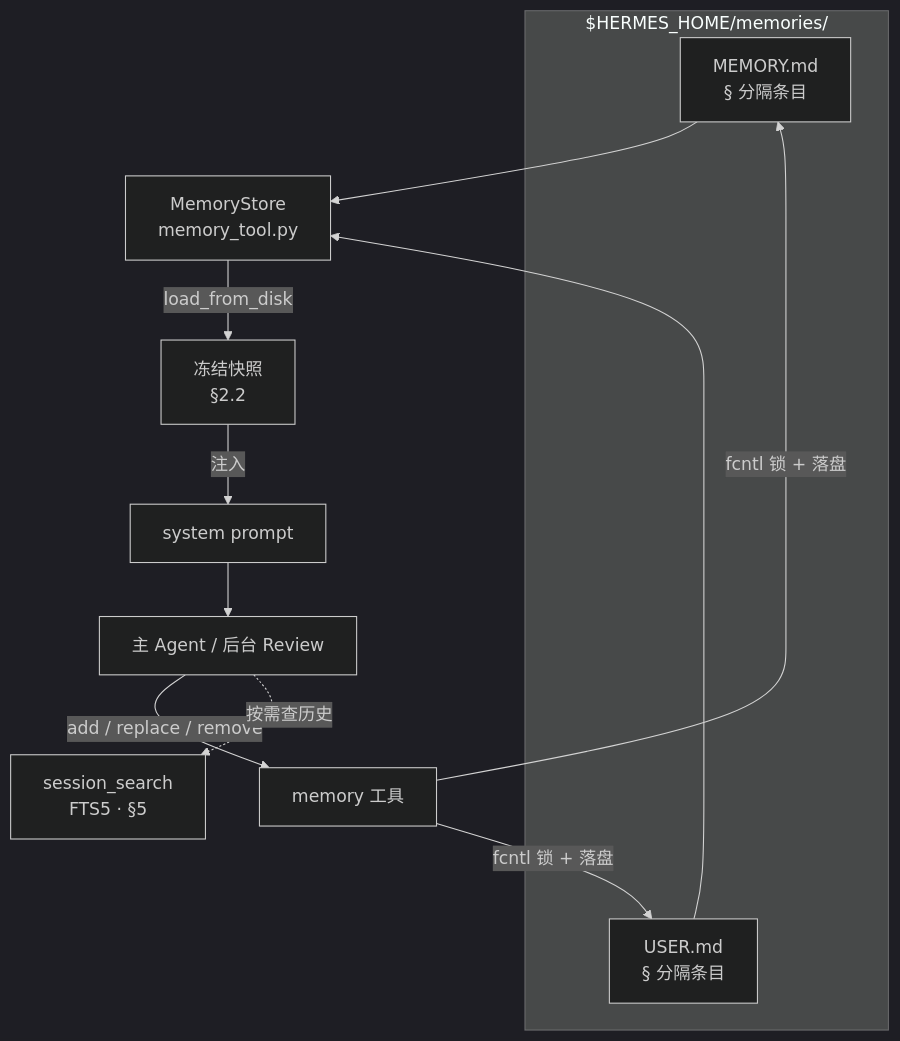
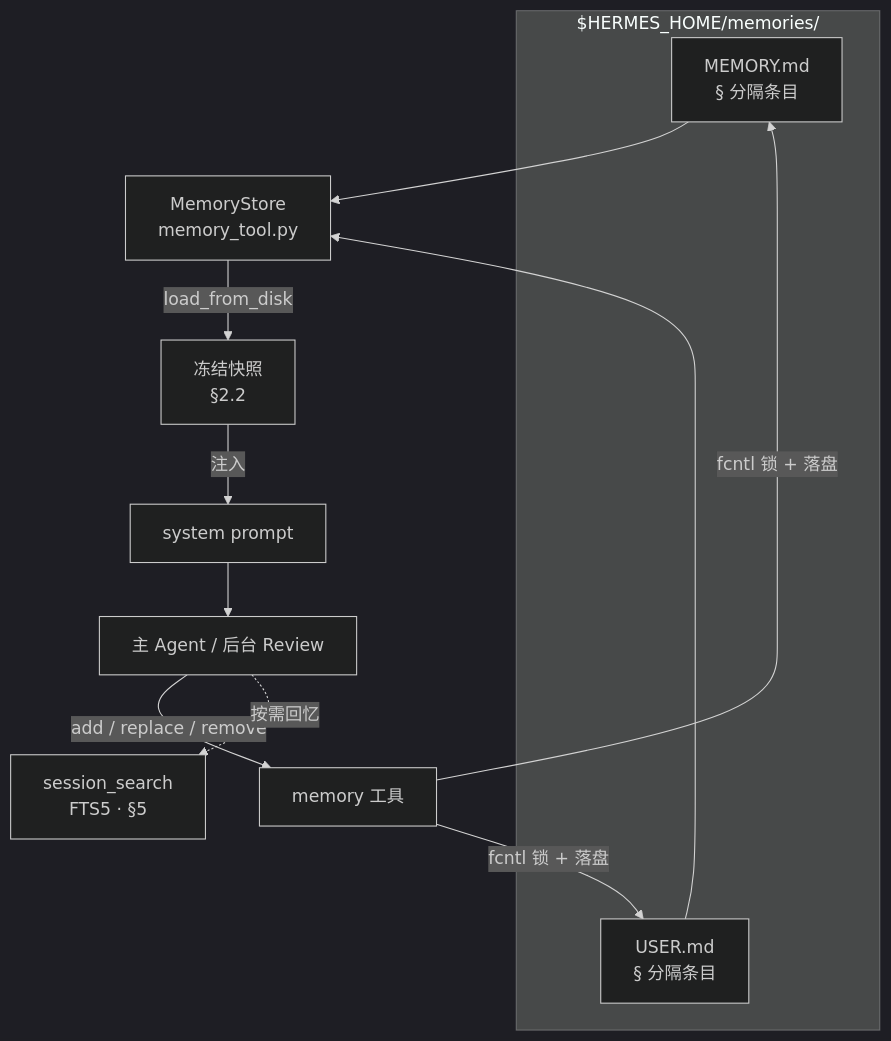
Before and after one commit to wolf-wolf/ai-tell-ai: the second of 3 diagrams in docs/latest/hermes-agent-memory.md, drawn with Mermaid (dark theme). The commit also changed other lines of this file and 1 other file, not shown here.

````diff
--- a/docs/latest/hermes-agent-memory.md
+++ b/docs/latest/hermes-agent-memory.md
@@ -132,17 +118,17 @@
 ```mermaid
 flowchart TB
   subgraph disk ["$HERMES_HOME/memories/"]
     MD[MEMORY.md<br/>§ 分隔条目]
     UD[USER.md<br/>§ 分隔条目]
   end
   MS[MemoryStore<br/>memory_tool.py]
   MD --> MS
   UD --> MS
   MS -->|load_from_disk| SNAP[冻结快照<br/>§2.2]
   SNAP -->|注入| SP[system prompt]
   SP --> AGENT[主 Agent / 后台 Review]
   AGENT -->|add / replace / remove| MT[memory 工具]
   MT -->|fcntl 锁 + 落盘| MD
   MT -->|fcntl 锁 + 落盘| UD
-  AGENT -.按需查历史.-> SS[session_search<br/>FTS5 · §5]
+  AGENT -.按需回忆.-> SS[session_search<br/>FTS5 · §5]
 ```
````
